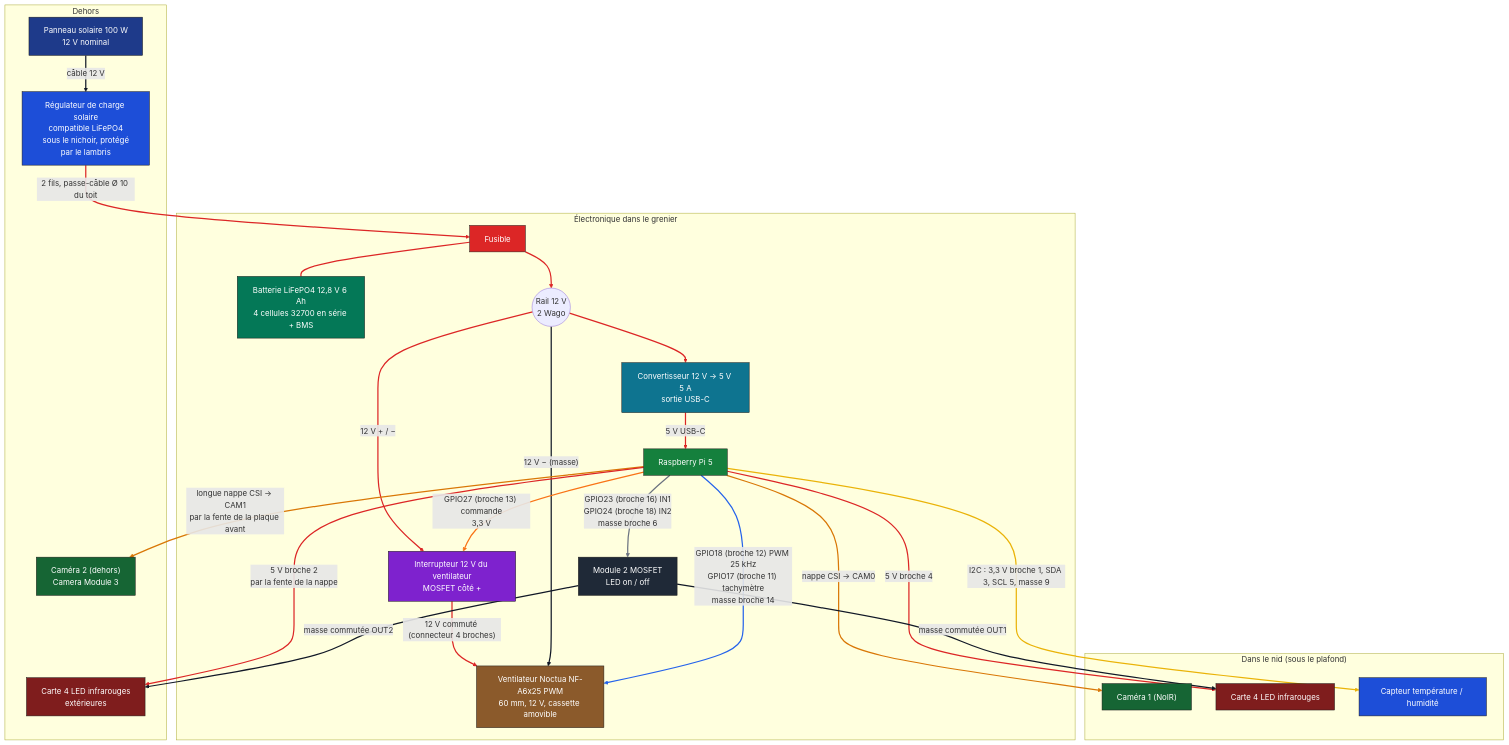
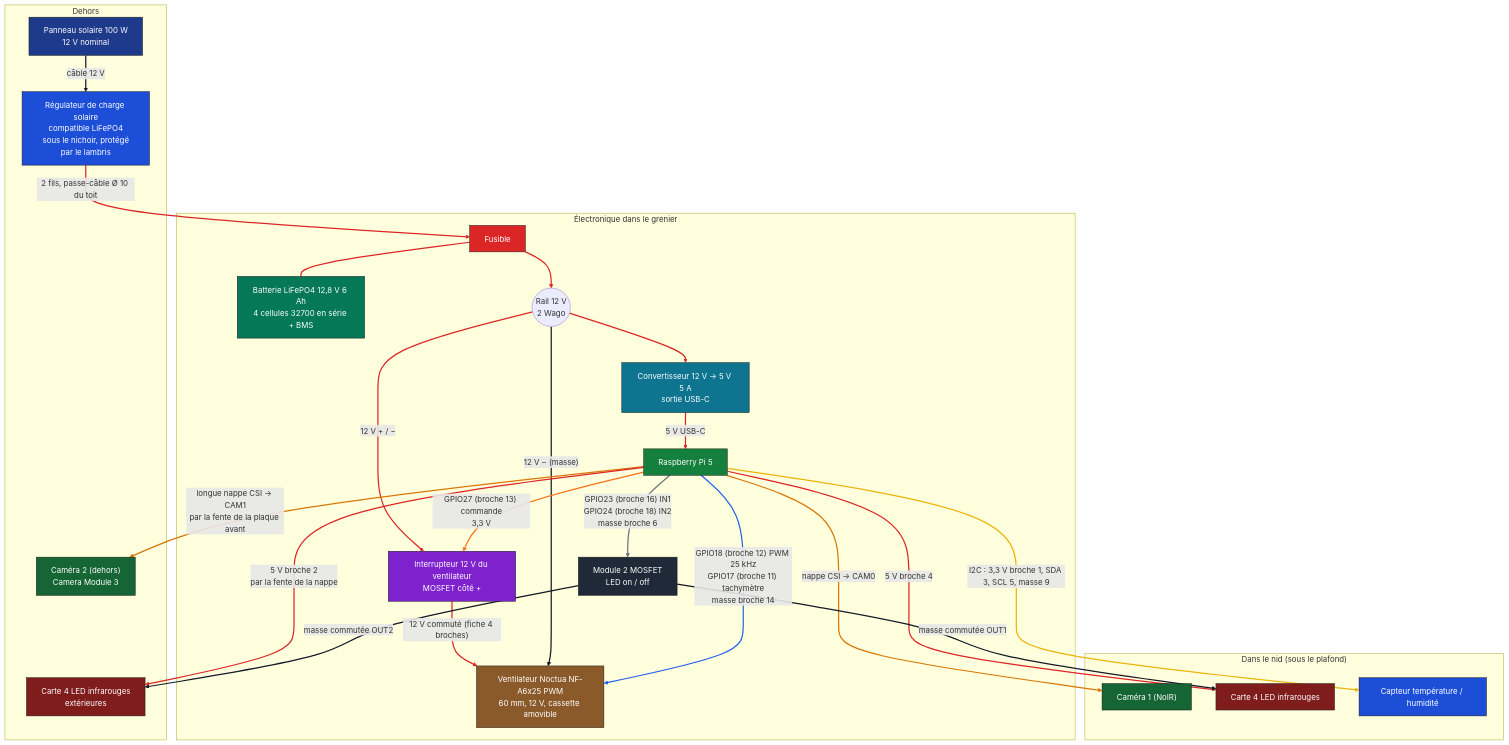
The diagram in docs/schema-electronique.md (mathieujullien77190/birds), drawn with Mermaid before and after one commit. The commit also changed other lines of this file and 13 other files, not shown here.

```diff
--- a/docs/schema-electronique.md
+++ b/docs/schema-electronique.md
@@ -34,7 +34,7 @@
   RAIL --> BUCK
   BUCK -->|"5 V USB-C"| PI
   RAIL -->|"12 V + / −"| SWF
-  SWF -->|"12 V commuté (connecteur 4 broches)"| FAN
+  SWF -->|"12 V commuté (fiche 4 broches)"| FAN
   RAIL -->|"12 V − (masse)"| FAN
   PI -->|"GPIO27 (broche 13) commande<br/>3,3 V"| SWF
   PI -->|"GPIO18 (broche 12) PWM 25 kHz<br/>GPIO17 (broche 11) tachymètre<br/>masse broche 14"| FAN
```
